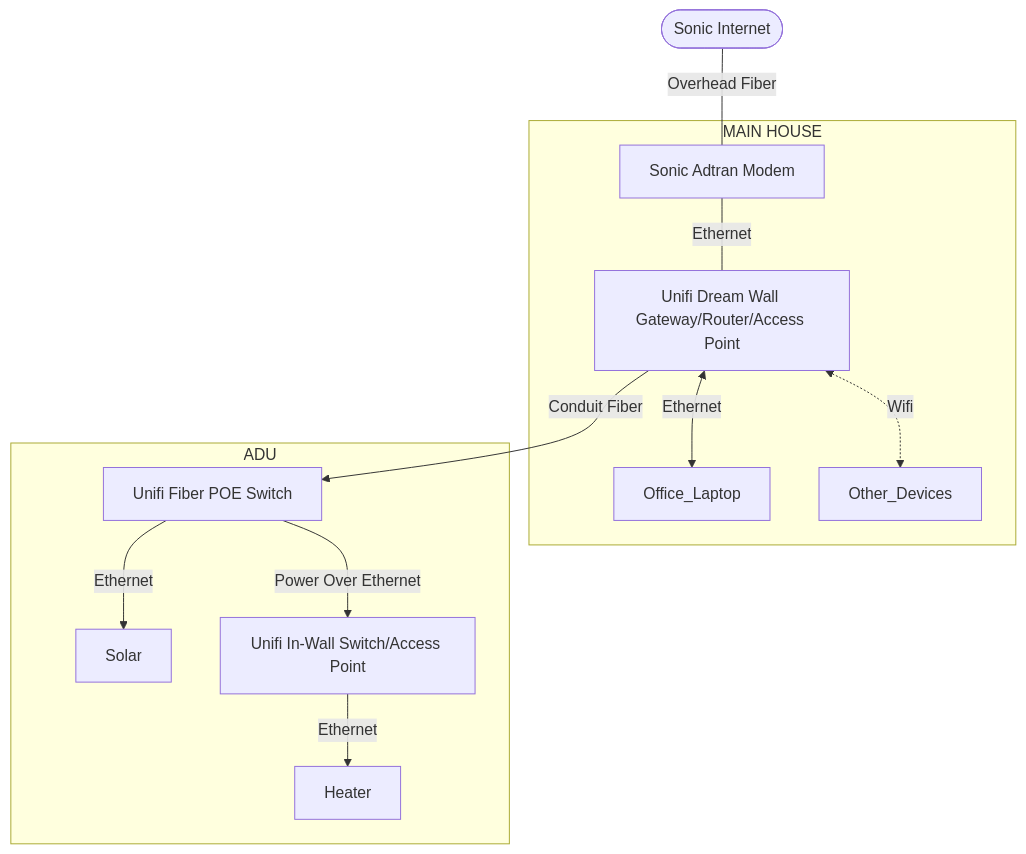
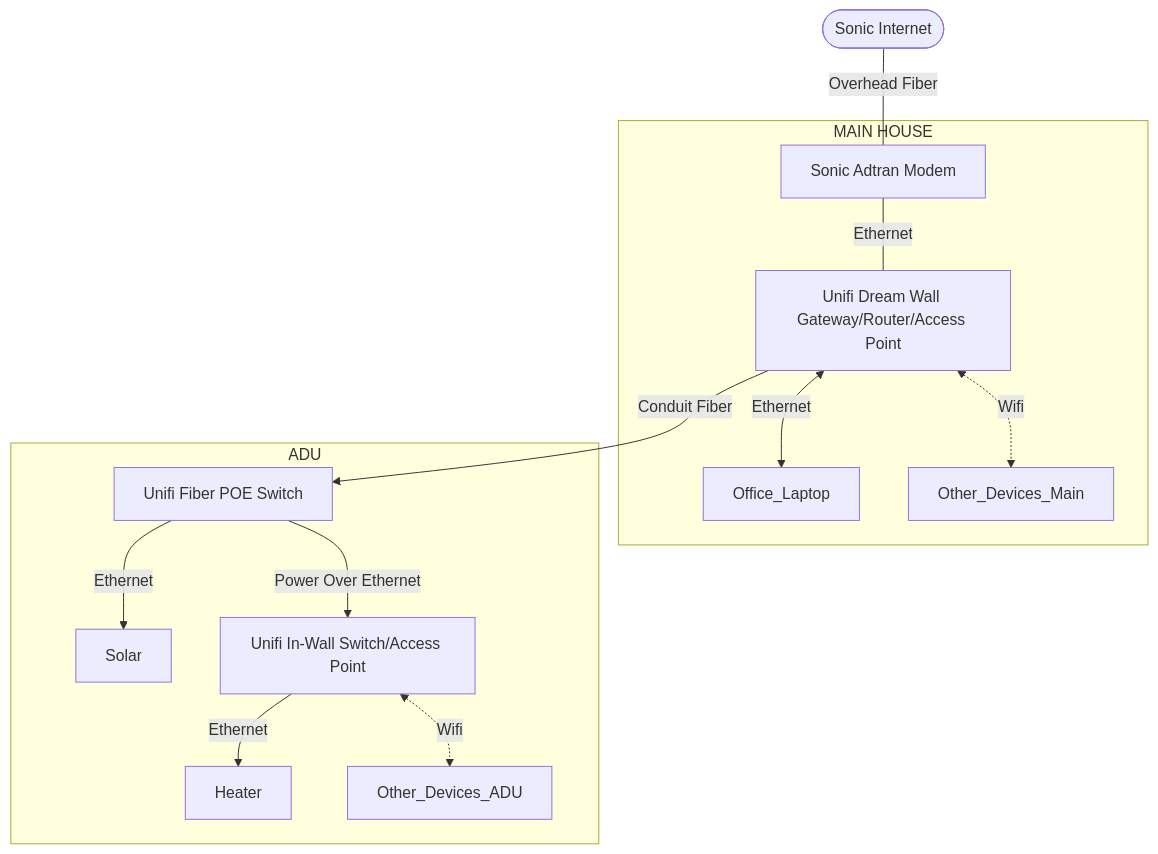
The diagram in Network.md (kylelundstedt/images), drawn with Mermaid before and after one commit.

````diff
--- a/Network.md
+++ b/Network.md
@@ -1,16 +1,17 @@
  ```mermaid
 graph TD;
     classDef optional stroke-dasharray: 5 5
     ISP([Sonic Internet]) -- Overhead Fiber --- ONT[Sonic Adtran Modem]
     subgraph MAIN HOUSE
         ONT -- Ethernet --- UDW[Unifi Dream Wall Gateway/Router/Access Point]
         UDW <-- Ethernet --> Office_Laptop
-        UDW <-. Wifi .-> Other_Devices
+        UDW <-. Wifi .-> Other_Devices_Main
     end
     subgraph ADU
         UDW -- Conduit Fiber --> USW-E8-POE[Unifi Fiber POE Switch]
         USW-E8-POE -- Ethernet --> Solar
         USW-E8-POE -- Power Over Ethernet --> U6-IW[Unifi In-Wall Switch/Access Point]
         U6-IW -- Ethernet --> Heater
+        U6-IW <-. Wifi .-> Other_Devices_ADU
     end
 ```
````
